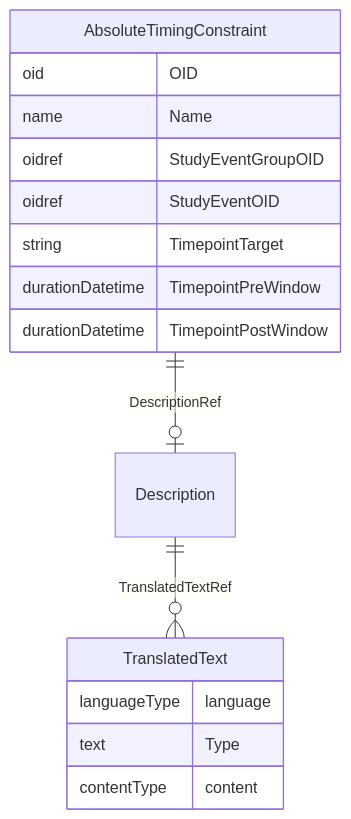
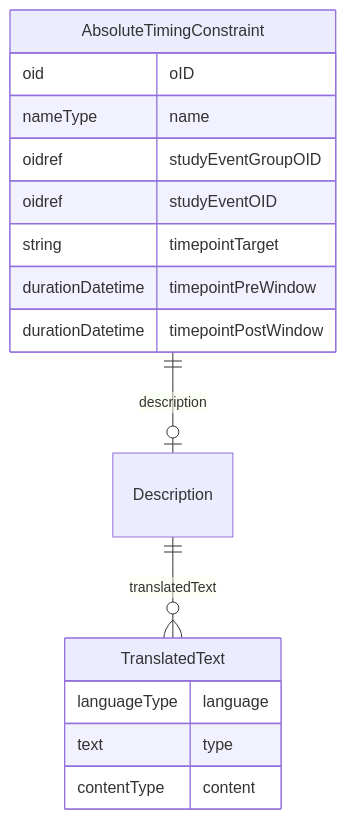
The diagram in docs/AbsoluteTimingConstraint.md (cdisc-org/DataExchange-ODM-LinkML), drawn with Mermaid before and after one commit. The commit also changed other lines of this file and 759 other files, not shown here.

````diff
--- a/docs/AbsoluteTimingConstraint.md
+++ b/docs/AbsoluteTimingConstraint.md
@@ -11,24 +11,24 @@
 ```mermaid
 erDiagram
 AbsoluteTimingConstraint {
-    oid OID  
-    name Name  
-    oidref StudyEventGroupOID  
-    oidref StudyEventOID  
-    string TimepointTarget  
-    durationDatetime TimepointPreWindow  
-    durationDatetime TimepointPostWindow  
+    oid oID  
+    nameType name  
+    oidref studyEventGroupOID  
+    oidref studyEventOID  
+    string timepointTarget  
+    durationDatetime timepointPreWindow  
+    durationDatetime timepointPostWindow  
 }
 Description {
 
 }
 TranslatedText {
     languageType language  
-    text Type  
+    text type  
     contentType content  
 }
 
-AbsoluteTimingConstraint ||--|o Description : "DescriptionRef"
-Description ||--}o TranslatedText : "TranslatedTextRef"
+AbsoluteTimingConstraint ||--|o Description : "description"
+Description ||--}o TranslatedText : "translatedText"
 
 ```
````
